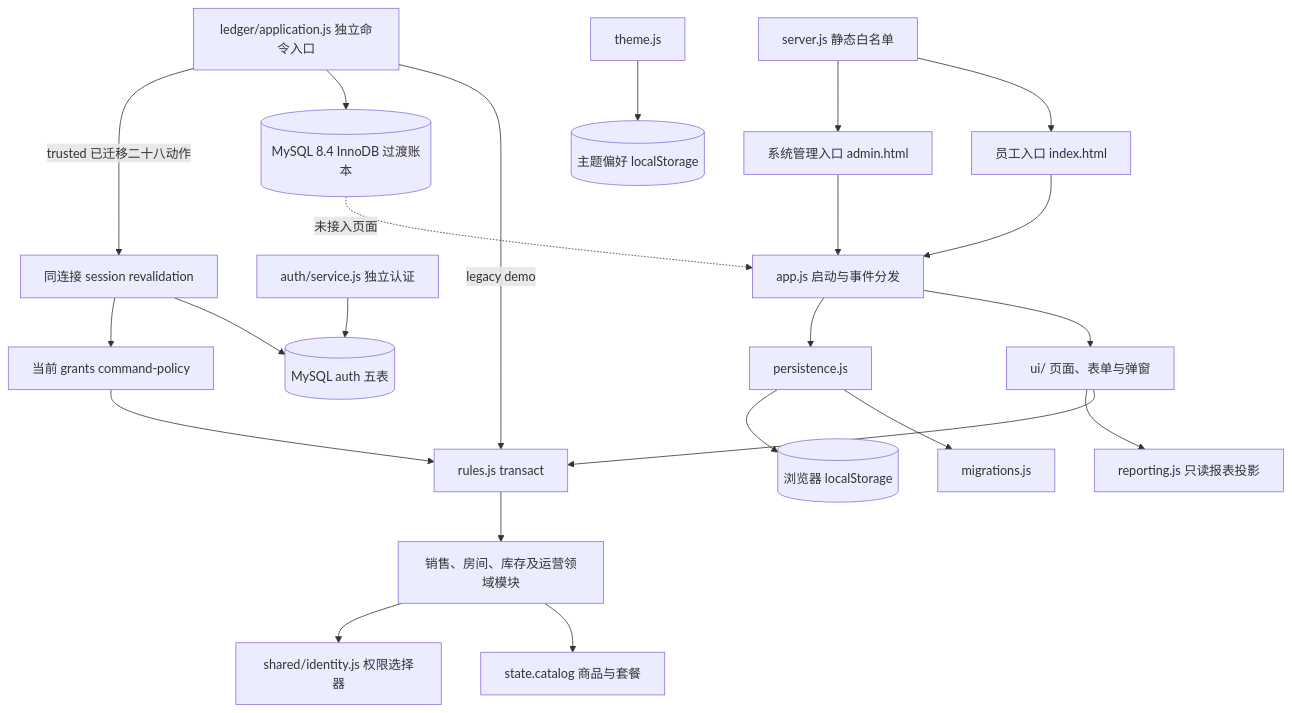
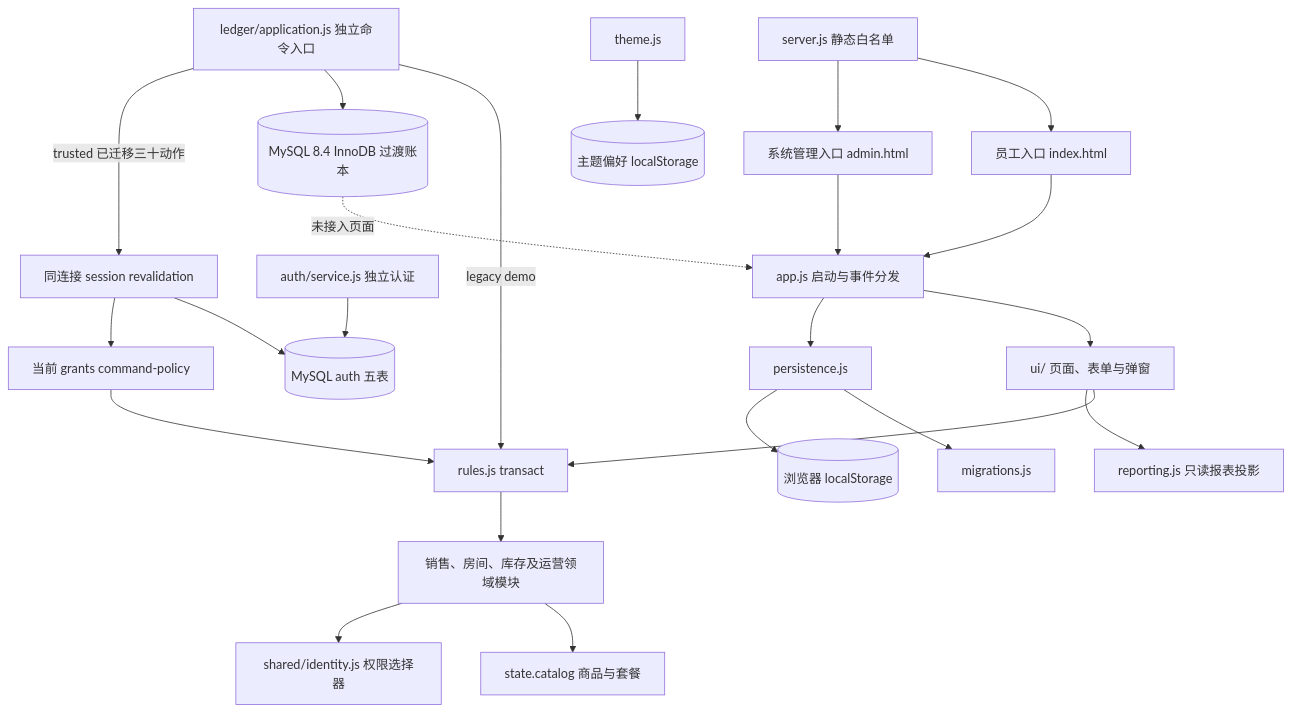
The diagram in docs/ARCHITECTURE.md (Richard-Zhuo/codex-KTV), drawn with Mermaid before and after one commit. The commit also changed other lines of this file and 22 other files, not shown here.

````diff
--- a/docs/ARCHITECTURE.md
+++ b/docs/ARCHITECTURE.md
@@ -7,25 +7,25 @@
 ```mermaid
 flowchart TD
   E[员工入口 index.html] --> APP[app.js 启动与事件分发]
   A[系统管理入口 admin.html] --> APP
   APP --> UI[ui/ 页面、表单与弹窗]
   APP --> P[persistence.js]
   P --> M[migrations.js]
   P --> LS[(浏览器 localStorage)]
   UI --> TX[rules.js transact]
   TX --> D[销售、房间、库存及运营领域模块]
   UI --> REP[reporting.js 只读报表投影]
   D --> C[state.catalog 商品与套餐]
   D --> ID[shared/identity.js 权限选择器]
   T[theme.js] --> PREF[(主题偏好 localStorage)]
   S[server.js 静态白名单] --> E
   S --> A
   L[ledger/application.js 独立命令入口] -->|legacy demo| TX
   L --> DB[(MySQL 8.4 InnoDB 过渡账本)]
   AUTH[auth/service.js 独立认证] --> AUTHDB[(MySQL auth 五表)]
-  L -->|trusted 已迁移二十八动作| RV[同连接 session revalidation]
+  L -->|trusted 已迁移三十动作| RV[同连接 session revalidation]
   RV --> AUTHDB
   RV --> CP[当前 grants command-policy]
   CP --> TX
   DB -. 未接入页面 .-> APP
 ```
````
